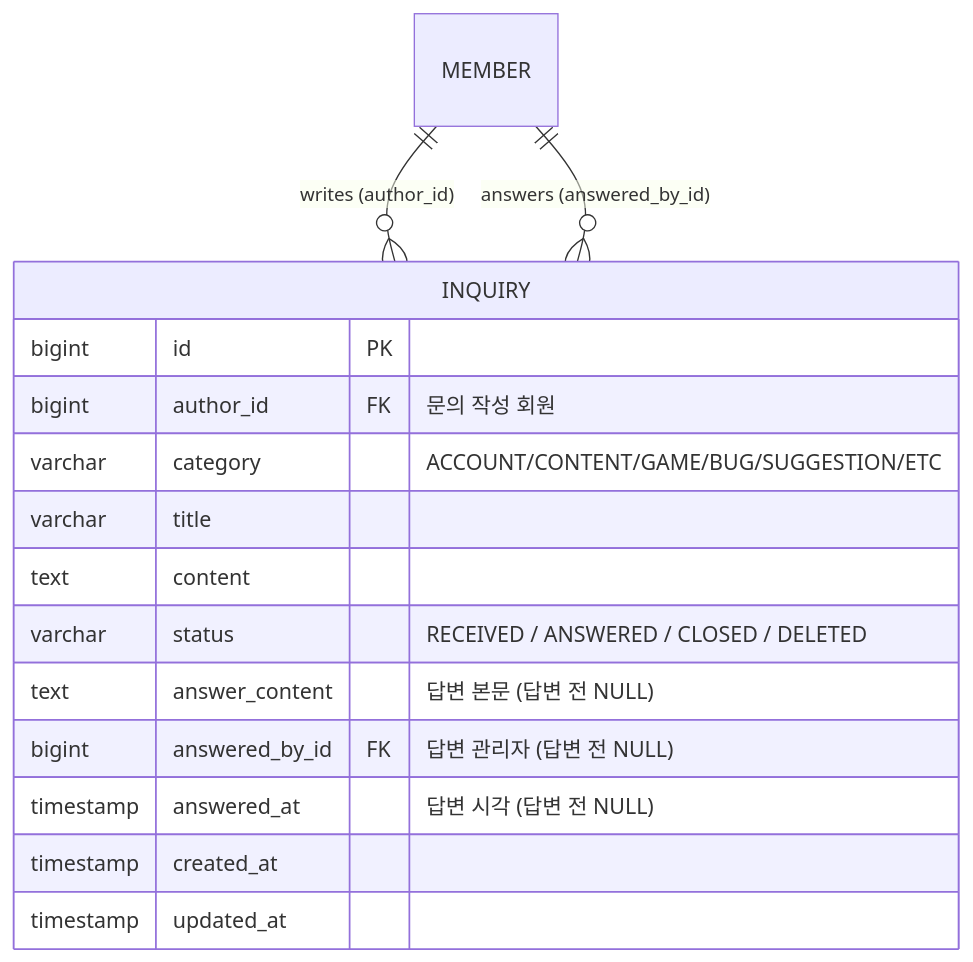
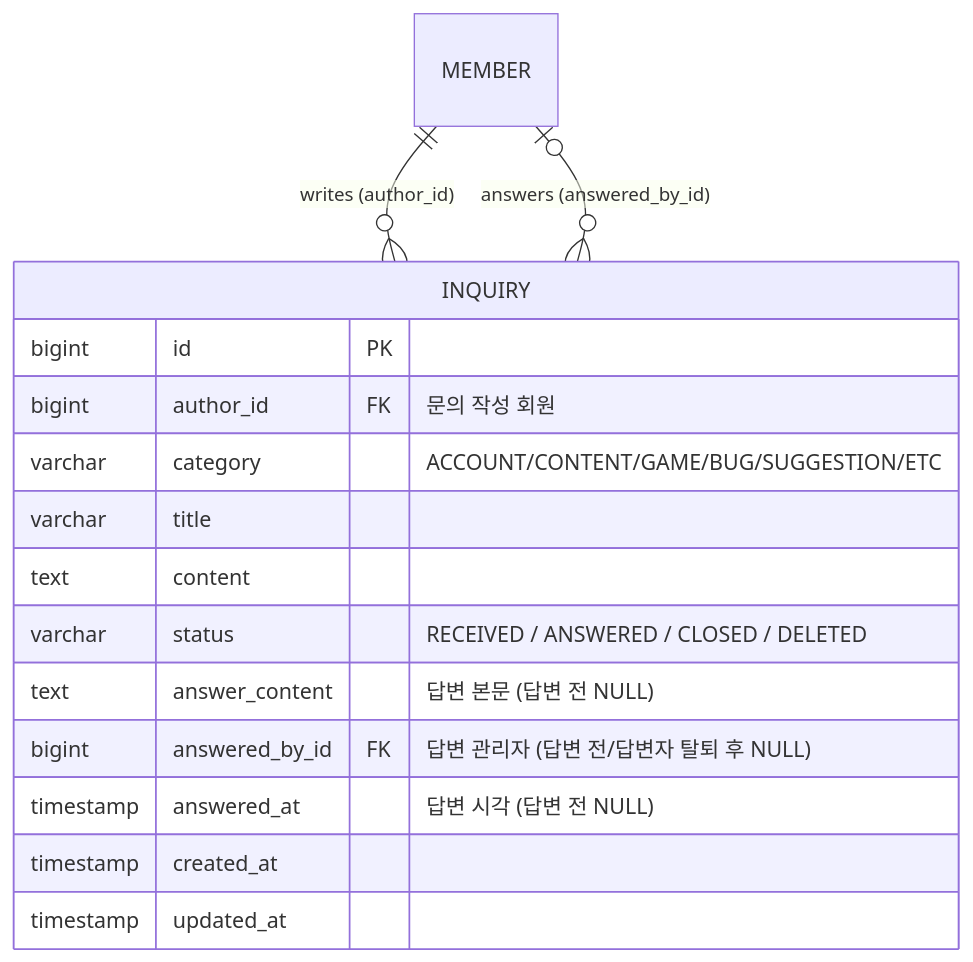
The diagram in docs/qna/qna-design.md (an-in-seek/the_bible_project), drawn with Mermaid before and after one commit.

Commit message:
docs: QnA 설계 문서의 answered_by_id 관계를 선택적(Optional)으로 수정
- Mermaid ER 다이어그램에서 MEMBER와 INQUIRY 간의 답변(answers) 관계를 1:N 필수(`||--o{`)에서 0..1:N 선택(`|o--o{`)으로 변경
- INQUIRY 테이블의 `answered_by_id` 필드 설명에 "답변자 탈퇴 후 NULL" 조건을 추가하여 관리자(답변자) 탈퇴 시나리오 반영

````diff
--- a/docs/qna/qna-design.md
+++ b/docs/qna/qna-design.md
@@ -73,19 +73,19 @@
 ```mermaid
 erDiagram
     MEMBER ||--o{ INQUIRY : "writes (author_id)"
-    MEMBER ||--o{ INQUIRY : "answers (answered_by_id)"
+    MEMBER |o--o{ INQUIRY : "answers (answered_by_id)"
 
     INQUIRY {
         bigint id PK
         bigint author_id FK "문의 작성 회원"
         varchar category "ACCOUNT/CONTENT/GAME/BUG/SUGGESTION/ETC"
         varchar title
         text content
         varchar status "RECEIVED / ANSWERED / CLOSED / DELETED"
         text answer_content "답변 본문 (답변 전 NULL)"
-        bigint answered_by_id FK "답변 관리자 (답변 전 NULL)"
+        bigint answered_by_id FK "답변 관리자 (답변 전/답변자 탈퇴 후 NULL)"
         timestamp answered_at "답변 시각 (답변 전 NULL)"
         timestamp created_at
         timestamp updated_at
     }
 ```
````
